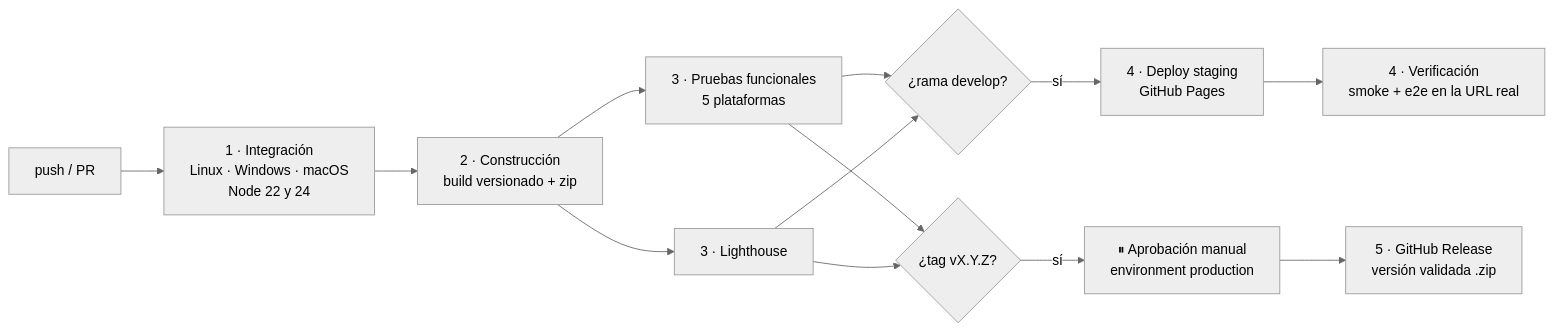
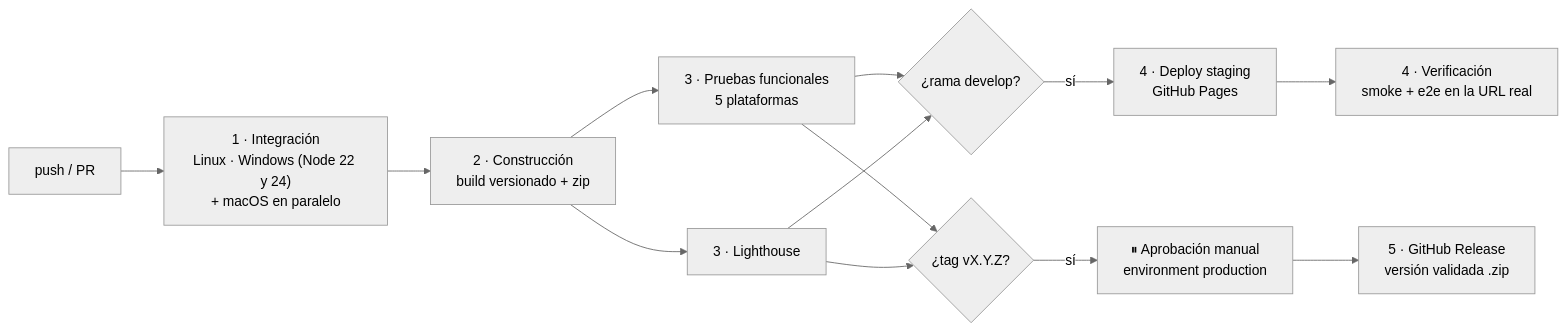
Before and after one commit to hectorjua28/devops: the second of 2 diagrams in docs/INFORME.md, drawn with Mermaid (neutral theme). The commit also changed other lines of this file and 3 other files, not shown here.

First line of the commit message:
ci: macOS en paralelo sin bloquear y evitar ejecuciones duplicadas

````diff
--- a/docs/INFORME.md
+++ b/docs/INFORME.md
@@ -81,15 +81,15 @@
 ```mermaid
 flowchart LR
-  A[push / PR] --> B["1 · Integración<br/>Linux · Windows · macOS<br/>Node 22 y 24"]
+  A[push / PR] --> B["1 · Integración<br/>Linux · Windows (Node 22 y 24)<br/>+ macOS en paralelo"]
   B --> C["2 · Construcción<br/>build versionado + zip"]
   C --> D["3 · Pruebas funcionales<br/>5 plataformas"]
   C --> E["3 · Lighthouse"]
   D --> F{"¿rama develop?"}
   E --> F
   F -- sí --> G["4 · Deploy staging<br/>GitHub Pages"]
   G --> H["4 · Verificación<br/>smoke + e2e en la URL real"]
   D --> I{"¿tag vX.Y.Z?"}
   E --> I
   I -- sí --> J["⏸ Aprobación manual<br/>environment production"]
   J --> K["5 · GitHub Release<br/>versión validada .zip"]
 ```
````
